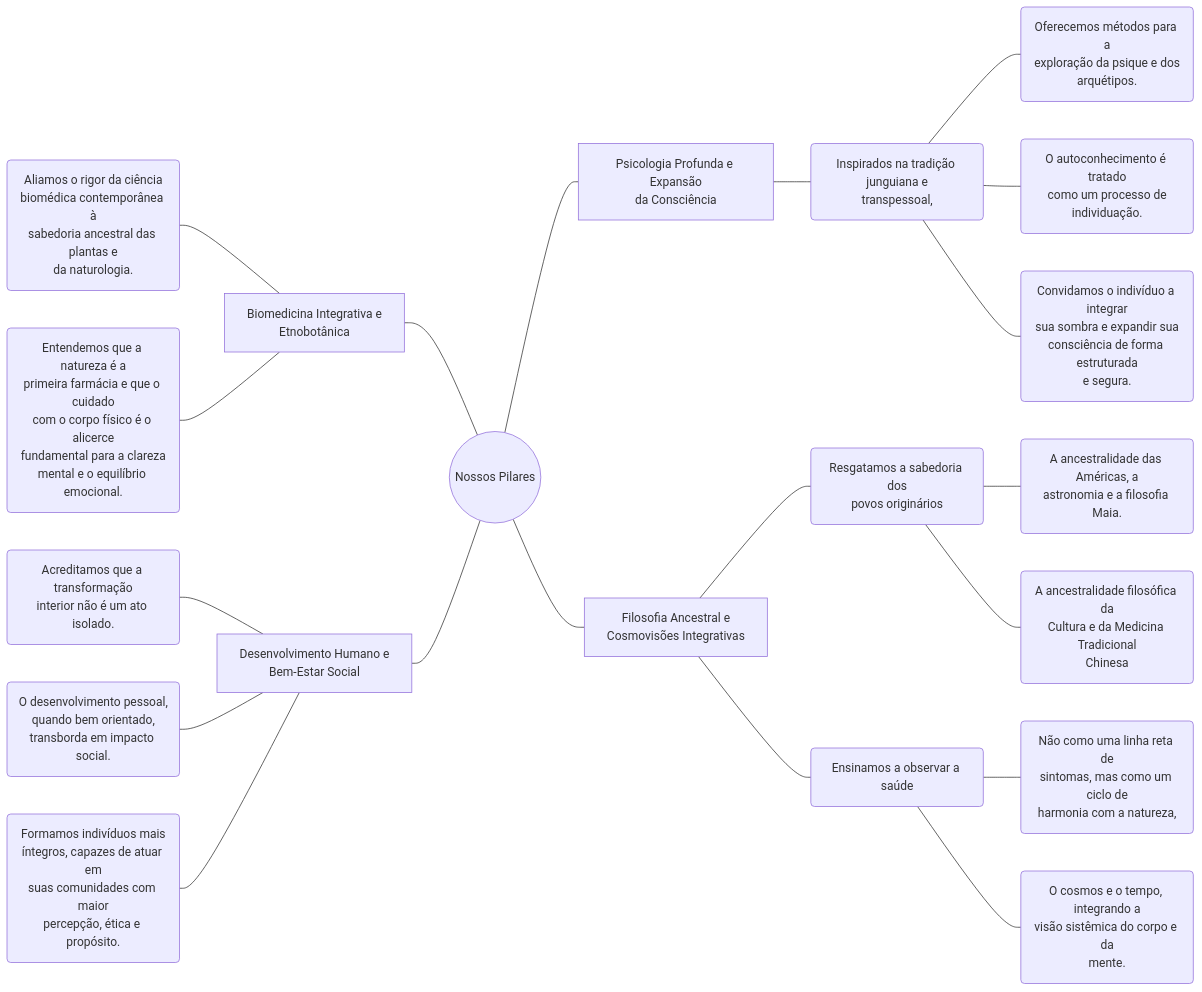
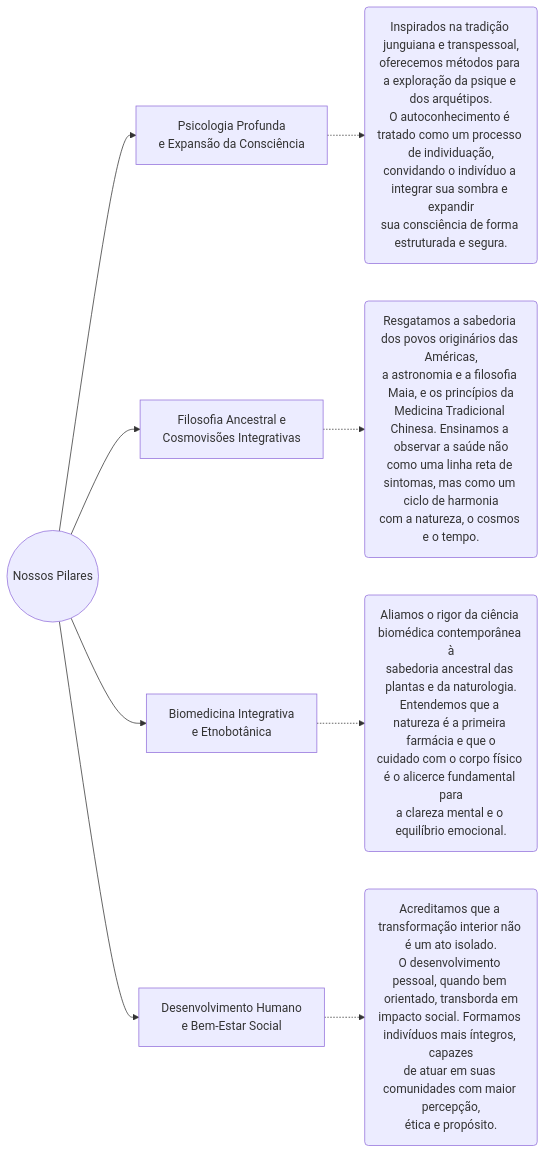
Before and after one commit to praticasdebemestarsocial/silvianesilverio: the diagram in _pages/about.md, drawn with Mermaid.

Commit message:
Restaura o primeiro fluxograma original

````diff
--- a/_pages/about.md
+++ b/_pages/about.md
@@ -38,30 +38,15 @@
 ```mermaid
 graph LR
-    %% Lado Esquerdo (Nó --- Pai) (Posiciona os sub-nós à esquerda da Raiz)
-    P3_1(Aliamos o rigor da ciência<br/>biomédica contemporânea à<br/>sabedoria ancestral das plantas e<br/>da naturologia.) --- P3
-    P3_2(Entendemos que a natureza é a<br/>primeira farmácia e que o cuidado<br/>com o corpo físico é o alicerce<br/>fundamental para a clareza<br/>mental e o equilíbrio emocional.) --- P3
+    Root((Nossos Pilares)) --> P1[Psicologia Profunda<br/>e Expansão da Consciência]
+    Root --> P2[Filosofia Ancestral e<br/>Cosmovisões Integrativas]
+    Root --> P3[Biomedicina Integrativa<br/>e Etnobotânica]
+    Root --> P4[Desenvolvimento Humano<br/>e Bem-Estar Social]
+
+    P1 -.-> D1(Inspirados na tradição junguiana e transpessoal,<br/>oferecemos métodos para a exploração da psique e dos arquétipos.<br/>O autoconhecimento é tratado como um processo de individuação,<br/>convidando o indivíduo a integrar sua sombra e expandir<br/>sua consciência de forma estruturada e segura.)
     
-    P4_1(Acreditamos que a transformação<br/>interior não é um ato isolado.) --- P4
-    P4_2(O desenvolvimento pessoal,<br/>quando bem orientado,<br/>transborda em impacto social.) --- P4
-    P4_3(Formamos indivíduos mais<br/>íntegros, capazes de atuar em<br/>suas comunidades com maior<br/>percepção, ética e propósito.) --- P4
-
-    P3[Biomedicina Integrativa e<br/>Etnobotânica] --- Root((Nossos Pilares))
-    P4[Desenvolvimento Humano e<br/>Bem-Estar Social] --- Root
-
-    %% Lado Direito (Pai --- Nó) (Posiciona a Raiz à esquerda dos sub-nós)
-    Root --- P1[Psicologia Profunda e Expansão<br/>da Consciência]
-    Root --- P2[Filosofia Ancestral e<br/>Cosmovisões Integrativas]
-
-    P1 --- P1_1(Inspirados na tradição junguiana e<br/>transpessoal,)
-    P1_1 --- P1_1_1(Oferecemos métodos para a<br/>exploração da psique e dos<br/>arquétipos.)
-    P1_1 --- P1_1_2(O autoconhecimento é tratado<br/>como um processo de<br/>individuação.)
-    P1_1 --- P1_1_3(Convidamos o indivíduo a integrar<br/>sua sombra e expandir sua<br/>consciência de forma estruturada<br/>e segura.)
-
-    P2 --- P2_1(Resgatamos a sabedoria dos<br/>povos originários)
-    P2_1 --- P2_1_1(A ancestralidade das Américas, a<br/>astronomia e a filosofia Maia.)
-    P2_1 --- P2_1_2(A ancestralidade filosófica da<br/>Cultura e da Medicina Tradicional<br/>Chinesa)
-
-    P2 --- P2_2(Ensinamos a observar a saúde)
-    P2_2 --- P2_2_1(Não como uma linha reta de<br/>sintomas, mas como um ciclo de<br/>harmonia com a natureza,)
-    P2_2 --- P2_2_2(O cosmos e o tempo, integrando a<br/>visão sistêmica do corpo e da<br/>mente.)
+    P2 -.-> D2(Resgatamos a sabedoria dos povos originários das Américas,<br/>a astronomia e a filosofia Maia, e os princípios da<br/>Medicina Tradicional Chinesa. Ensinamos a observar a saúde não<br/>como uma linha reta de sintomas, mas como um ciclo de harmonia<br/>com a natureza, o cosmos e o tempo.)
+    
+    P3 -.-> D3(Aliamos o rigor da ciência biomédica contemporânea à<br/>sabedoria ancestral das plantas e da naturologia.<br/>Entendemos que a natureza é a primeira farmácia e que o<br/>cuidado com o corpo físico é o alicerce fundamental para<br/>a clareza mental e o equilíbrio emocional.)
+    
+    P4 -.-> D4(Acreditamos que a transformação interior não é um ato isolado.<br/>O desenvolvimento pessoal, quando bem orientado, transborda em<br/>impacto social. Formamos indivíduos mais íntegros, capazes<br/>de atuar em suas comunidades com maior percepção,<br/>ética e propósito.)
 ```
````
